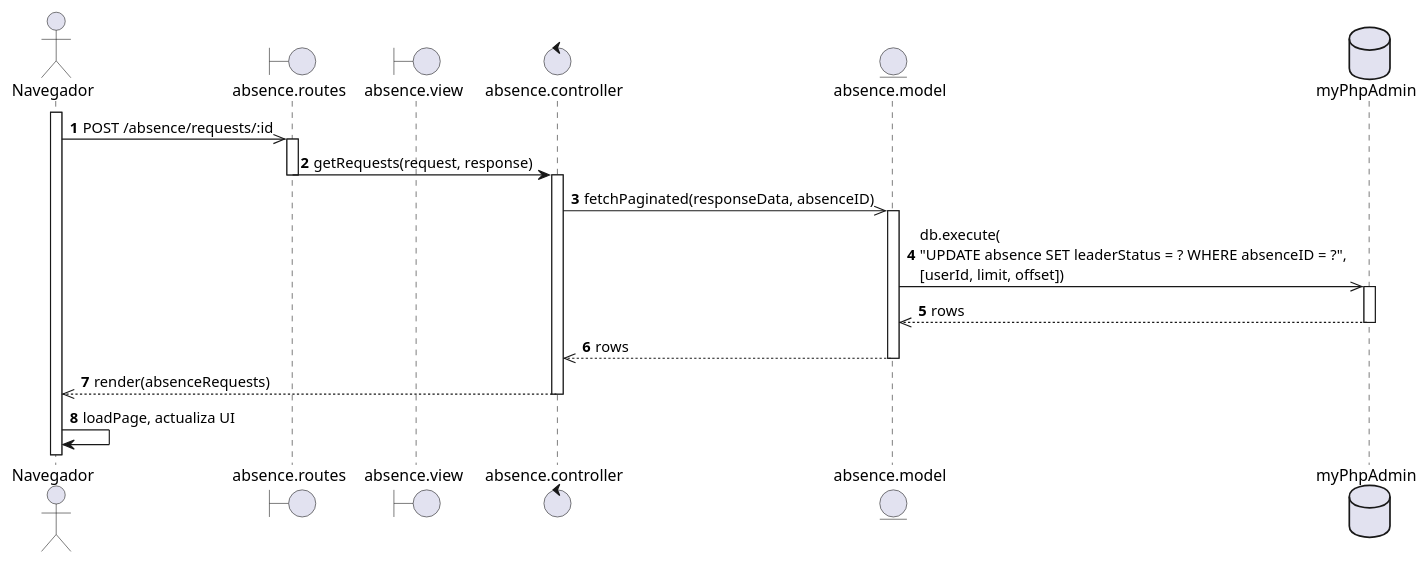
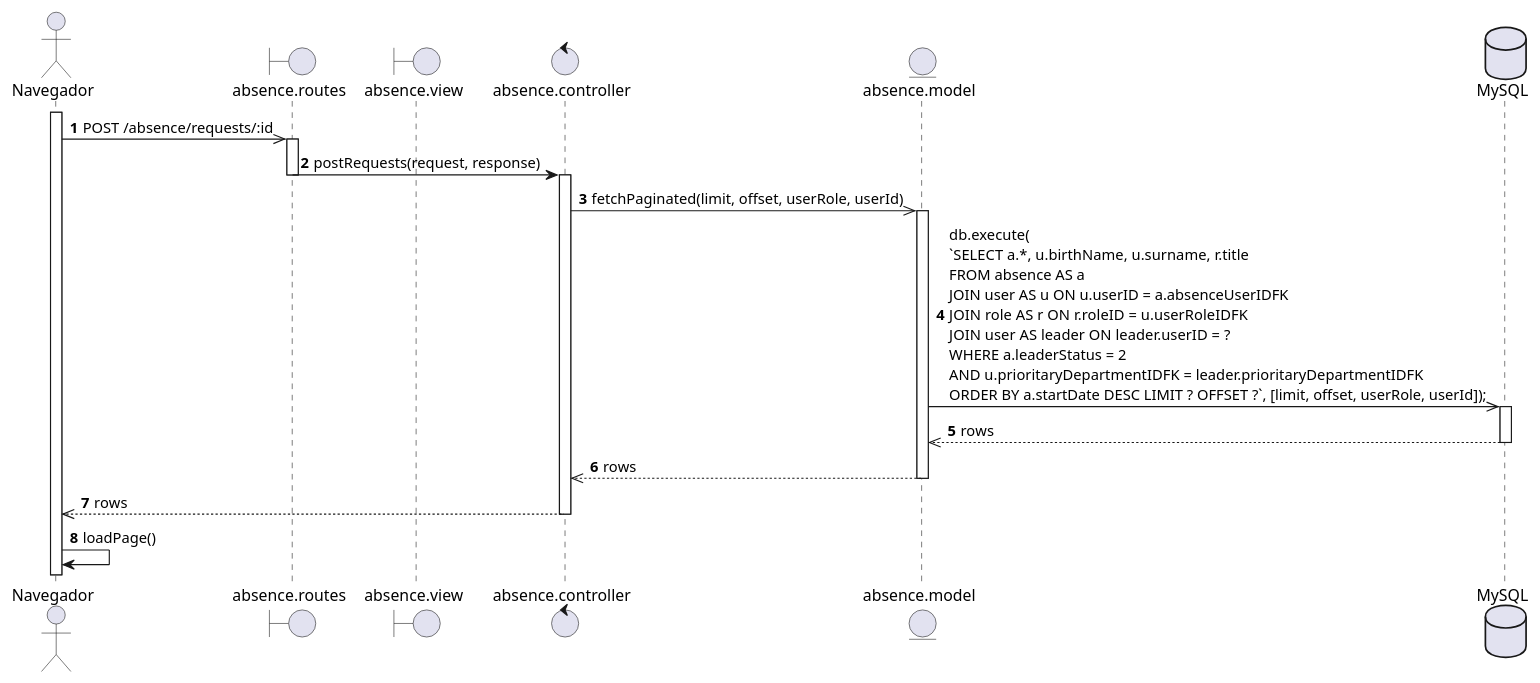
The diagram in diagrams/Casos de Uso/Mauricio/diagrama de secuencia/CU018.puml (EdCanCe/WorkCells), drawn with PlantUML before and after one commit. The commit also changed 5 other files, not shown here.

```diff
--- a/diagrams/Casos de Uso/Mauricio/diagrama de secuencia/CU018.puml
+++ b/diagrams/Casos de Uso/Mauricio/diagrama de secuencia/CU018.puml
@@ -1,41 +1,41 @@
 @startuml CU018 - Líder registra respuesta hacia ausencia de colaborador - Diagrama de secuencia
 actor Navegador
 boundary "absence.routes" as Routes
 boundary "absence.view" as View
 control "absence.controller" as Controller
 entity "absence.model" as Model
-database "myPhpAdmin" as DB
+database "MySQL" as DB
 
 autonumber
 
 ' El Navegador envía la petición AJAX para registrar la respuesta a la ausencia
 activate Navegador
 Navegador ->> Routes: POST /absence/requests/:id
 
 activate Routes
-Routes -> Controller: getRequests(request, response)
+Routes -> Controller: postRequests(request, response)
 deactivate Routes
 activate Controller
 
 ' El controlador invoca al modelo para actualizar la respuesta de la ausencia
-Controller ->> Model: fetchPaginated(responseData, absenceID)
+Controller ->> Model: fetchPaginated(limit, offset, userRole, userId)
 activate Model
 
 ' El modelo ejecuta la consulta en la base de datos
-Model ->> DB: db.execute(\n"UPDATE absence SET leaderStatus = ? WHERE absenceID = ?", \n[userId, limit, offset])
+Model ->> DB: db.execute(\n`SELECT a.*, u.birthName, u.surname, r.title\nFROM absence AS a\nJOIN user AS u ON u.userID = a.absenceUserIDFK\nJOIN role AS r ON r.roleID = u.userRoleIDFK\nJOIN user AS leader ON leader.userID = ?\nWHERE a.leaderStatus = 2\nAND u.prioritaryDepartmentIDFK = leader.prioritaryDepartmentIDFK\nORDER BY a.startDate DESC LIMIT ? OFFSET ?`, [limit, offset, userRole, userId]);
 activate DB
 DB -->> Model: rows
 deactivate DB
 
 Model -->> Controller: rows
 deactivate Model
 
 ' El controlador procesa el resultado y prepara la respuesta para la vista (AJAX JSON o fragmento HTML)
-Controller -->> Navegador: render(absenceRequests)
+Controller -->> Navegador: rows
 deactivate Controller
 
 
 ' El Navegador procesa la respuesta y actualiza la interfaz
-Navegador -> Navegador: loadPage, actualiza UI
+Navegador -> Navegador: loadPage()
 
 @enduml
```
